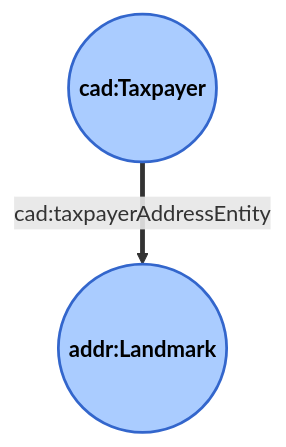
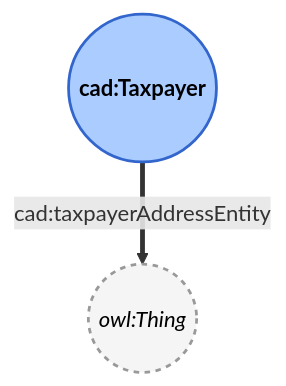
One commit to umrlastig/pegazus-ontology changed the second of 2 diagrams in ontology/documentation/taxpayers/taxpayers_graphic.md. Above: the diagram before and after it, drawn with Mermaid. The commit also changed other lines of this file and 1 other file, not shown here.

Commit message:
Update documentation for Taxpayers

````diff
--- a/ontology/documentation/taxpayers/taxpayers_graphic.md
+++ b/ontology/documentation/taxpayers/taxpayers_graphic.md
@@ -43,14 +43,17 @@
 ```mermaid
 graph 
     %% 1. Nodes
     TaxpayerNode(("cad:Taxpayer"))
-    AddressEnt(("addr:Landmark"))
+    AddressThingNode(("owl:Thing"))
 
     %% 2. Connect the unique IDs
-    TaxpayerNode == "cad:taxpayerAddressEntity" ==> AddressEnt
+    TaxpayerNode == "cad:taxpayerAddressEntity" ==> AddressThingNode
 
     %% 3. Apply WebVOWL Style
     classDef vowlClass fill:#aaccff,stroke:#3366cc,stroke-width:2px,color:#000,font-weight:bold;
-
+    %% WebVOWL Style for owl:Thing
+    classDef vowlThing fill:#f5f5f5,stroke:#999999,stroke-width:2px,stroke-dasharray: 4,color:#000,font-style:italic;
+    
     class TaxpayerNode,AddressEnt vowlClass;
+    class AddressThingNode vowlThing;
 ```
````
